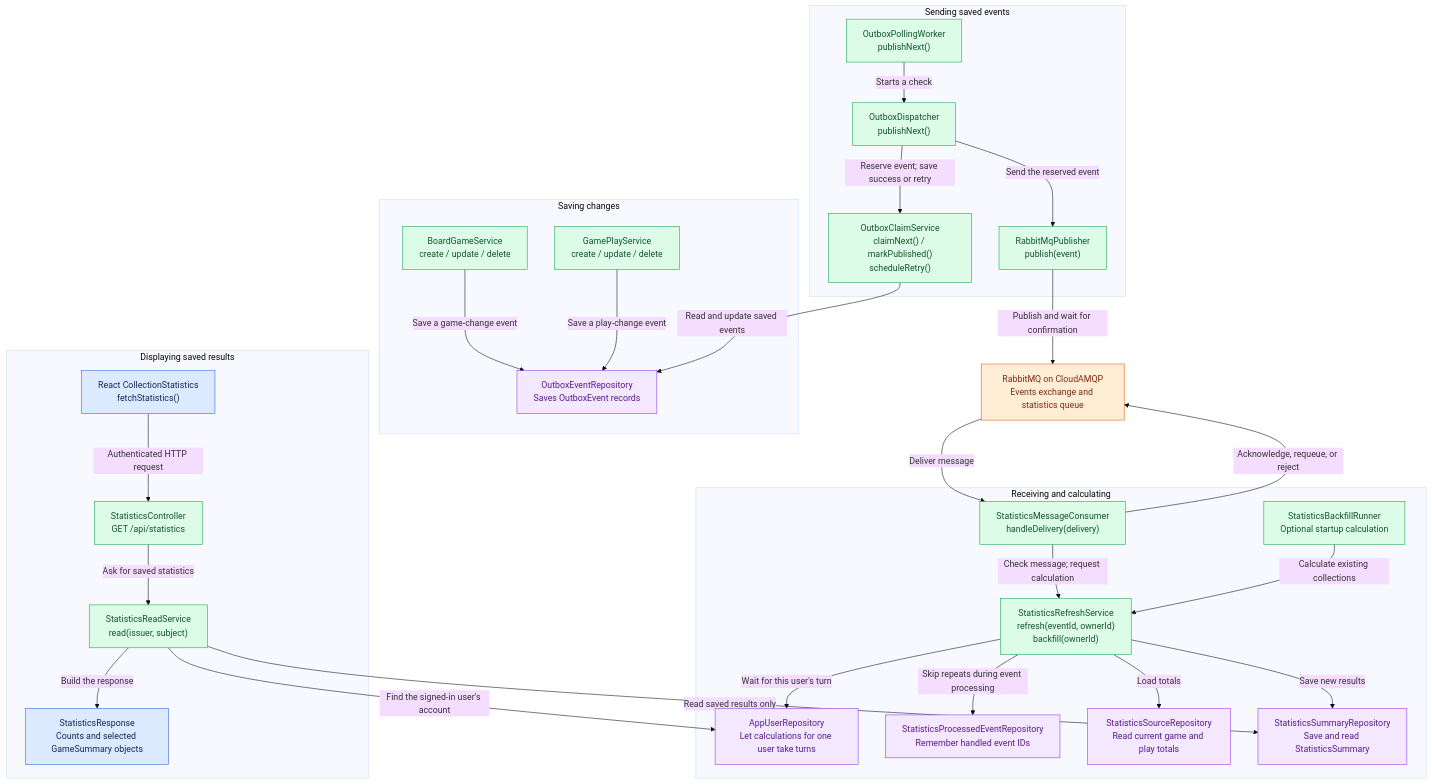
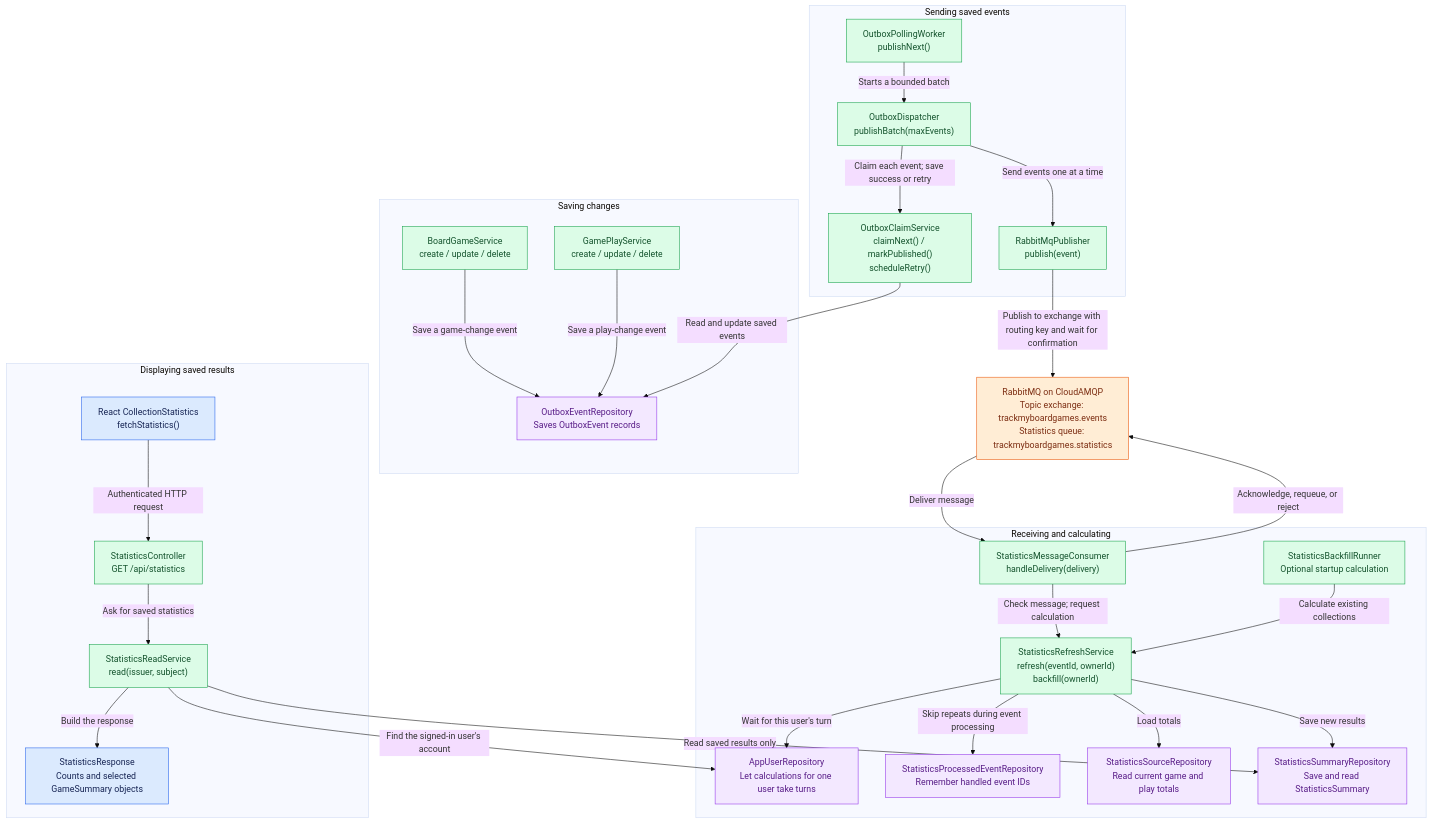
One commit to eddieSkywalker/TrackMyBoardGames changed the seventh of 7 diagrams in docs/architecture/eda-architecture-statistics-component.md. Above: the diagram before and after it, drawn with Mermaid (base theme). The commit also changed other lines of this file and 17 other files, not shown here.

First line of the commit message:
Process events in a batch vs one at a time

````diff
--- a/docs/architecture/eda-architecture-statistics-component.md
+++ b/docs/architecture/eda-architecture-statistics-component.md
@@ -110,64 +347,64 @@
 ```mermaid
 flowchart TB
     subgraph Changes["Saving changes"]
         Games["BoardGameService<br/>create / update / delete"]
         Plays["GamePlayService<br/>create / update / delete"]
         OutboxRepo["OutboxEventRepository<br/>Saves OutboxEvent records"]
         Games -->|"Save a game-change event"| OutboxRepo
         Plays -->|"Save a play-change event"| OutboxRepo
     end
 
     subgraph Sending["Sending saved events"]
         Worker["OutboxPollingWorker<br/>publishNext()"]
-        Dispatcher["OutboxDispatcher<br/>publishNext()"]
+        Dispatcher["OutboxDispatcher<br/>publishBatch(maxEvents)"]
         Claims["OutboxClaimService<br/>claimNext() / markPublished()<br/>scheduleRetry()"]
         Publisher["RabbitMqPublisher<br/>publish(event)"]
-        Worker -->|"Starts a check"| Dispatcher
-        Dispatcher -->|"Reserve event; save success or retry"| Claims
+        Worker -->|"Starts a bounded batch"| Dispatcher
+        Dispatcher -->|"Claim each event; save success or retry"| Claims
         Claims -->|"Read and update saved events"| OutboxRepo
-        Dispatcher -->|"Send the reserved event"| Publisher
+        Dispatcher -->|"Send events one at a time"| Publisher
     end
 
-    Broker["RabbitMQ on CloudAMQP<br/>Events exchange and statistics queue"]
-    Publisher -->|"Publish and wait for confirmation"| Broker
+    Broker["RabbitMQ on CloudAMQP<br/>Topic exchange: trackmyboardgames.events<br/>Statistics queue: trackmyboardgames.statistics"]
+    Publisher -->|"Publish to exchange with routing key and wait for confirmation"| Broker
 
     subgraph Calculating["Receiving and calculating"]
         Consumer["StatisticsMessageConsumer<br/>handleDelivery(delivery)"]
         Refresh["StatisticsRefreshService<br/>refresh(eventId, ownerId)<br/>backfill(ownerId)"]
         Backfill["StatisticsBackfillRunner<br/>Optional startup calculation"]
         Users["AppUserRepository<br/>Let calculations for one user take turns"]
         Receipts["StatisticsProcessedEventRepository<br/>Remember handled event IDs"]
         Source["StatisticsSourceRepository<br/>Read current game and play totals"]
         Summaries["StatisticsSummaryRepository<br/>Save and read StatisticsSummary"]
         Consumer -->|"Check message; request calculation"| Refresh
         Backfill -->|"Calculate existing collections"| Refresh
         Refresh -->|"Wait for this user's turn"| Users
         Refresh -->|"Skip repeats during event processing"| Receipts
         Refresh -->|"Load totals"| Source
         Refresh -->|"Save new results"| Summaries
     end
 
     Broker -->|"Deliver message"| Consumer
     Consumer -->|"Acknowledge, requeue, or reject"| Broker
 
     subgraph Reading["Displaying saved results"]
         UI["React CollectionStatistics<br/>fetchStatistics()"]
         Controller["StatisticsController<br/>GET /api/statistics"]
         Read["StatisticsReadService<br/>read(issuer, subject)"]
         Response["StatisticsResponse<br/>Counts and selected GameSummary objects"]
         UI -->|"Authenticated HTTP request"| Controller
         Controller -->|"Ask for saved statistics"| Read
         Read -->|"Find the signed-in user's account"| Users
         Read -->|"Read saved results only"| Summaries
         Read -->|"Build the response"| Response
     end
 
     classDef application fill:#dcfce7,stroke:#16a34a,color:#14532d
     classDef database fill:#f3e8ff,stroke:#9333ea,color:#581c87
     classDef messaging fill:#ffedd5,stroke:#ea580c,color:#7c2d12
     classDef result fill:#dbeafe,stroke:#2563eb,color:#172554
     class Games,Plays,Worker,Dispatcher,Claims,Publisher,Consumer,Refresh,Backfill,Controller,Read application
     class OutboxRepo,Users,Receipts,Source,Summaries database
     class Broker messaging
     class UI,Response result
 ```
````
